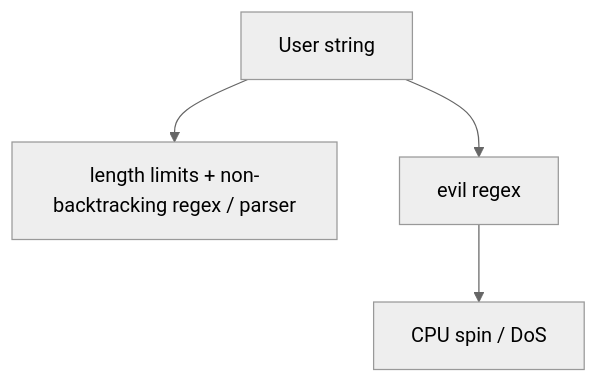
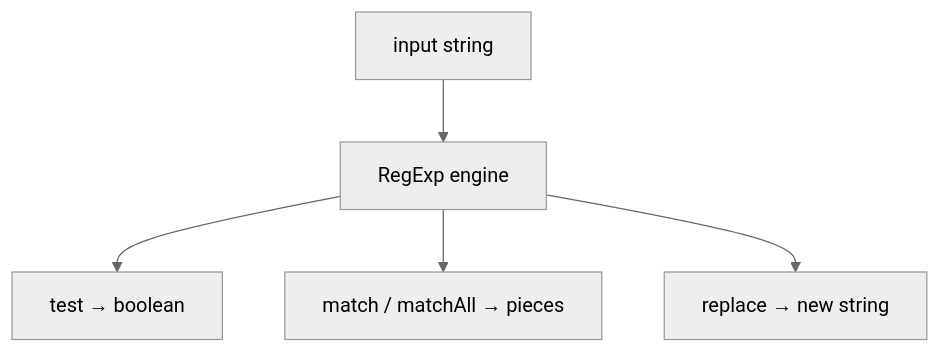
Before and after one commit to prajjwaljogdand/FullstackPreparation: the third of 4 diagrams in docs/javascript/16-strings.md, drawn with Mermaid (neutral theme). The commit also changed other lines of this file and 91 other files, not shown here.

````diff
--- a/docs/javascript/16-strings.md
+++ b/docs/javascript/16-strings.md
@@ -152,6 +304,7 @@
 ```mermaid
-flowchart TD
-  input["User string"] --> safe["length limits + non-backtracking regex / parser"]
-  input --> bad["evil regex"]
-  bad --> redos["CPU spin / DoS"]
+flowchart TB
+  text["input string"] --> eng["RegExp engine"]
+  eng --> test["test → boolean"]
+  eng --> match["match / matchAll → pieces"]
+  eng --> replace["replace → new string"]
 ```
````
